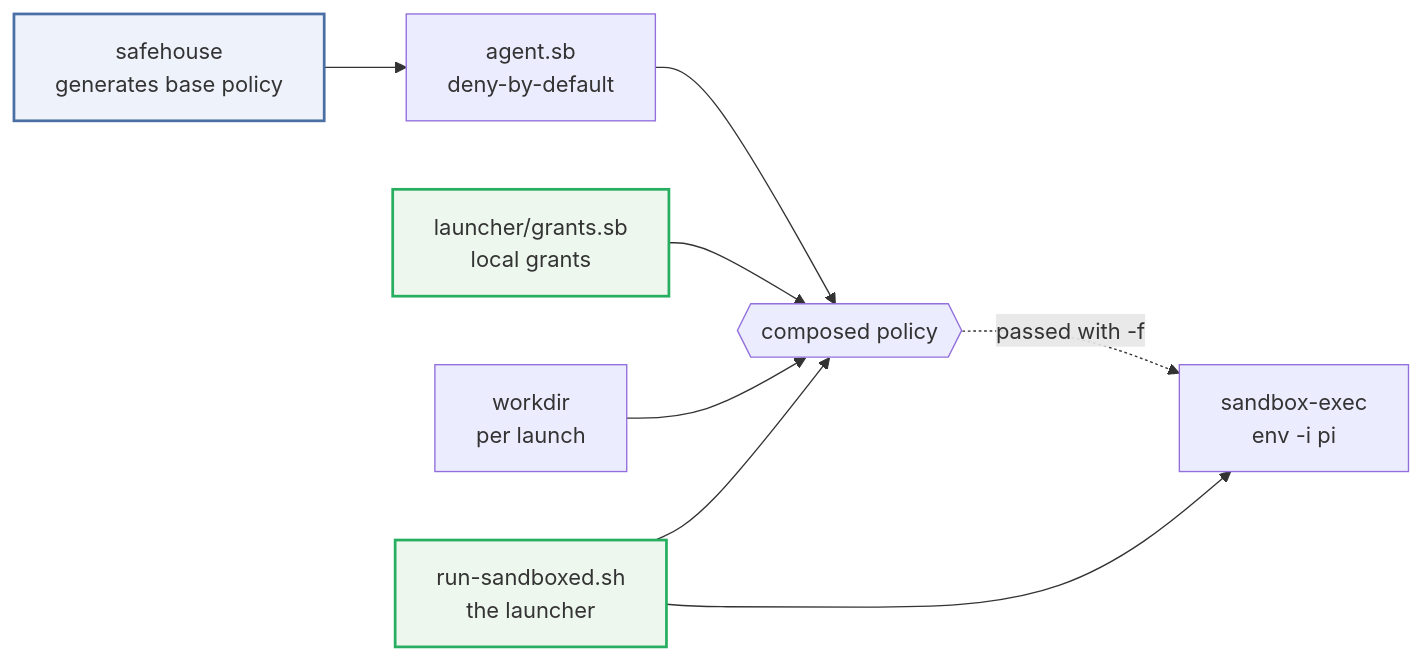
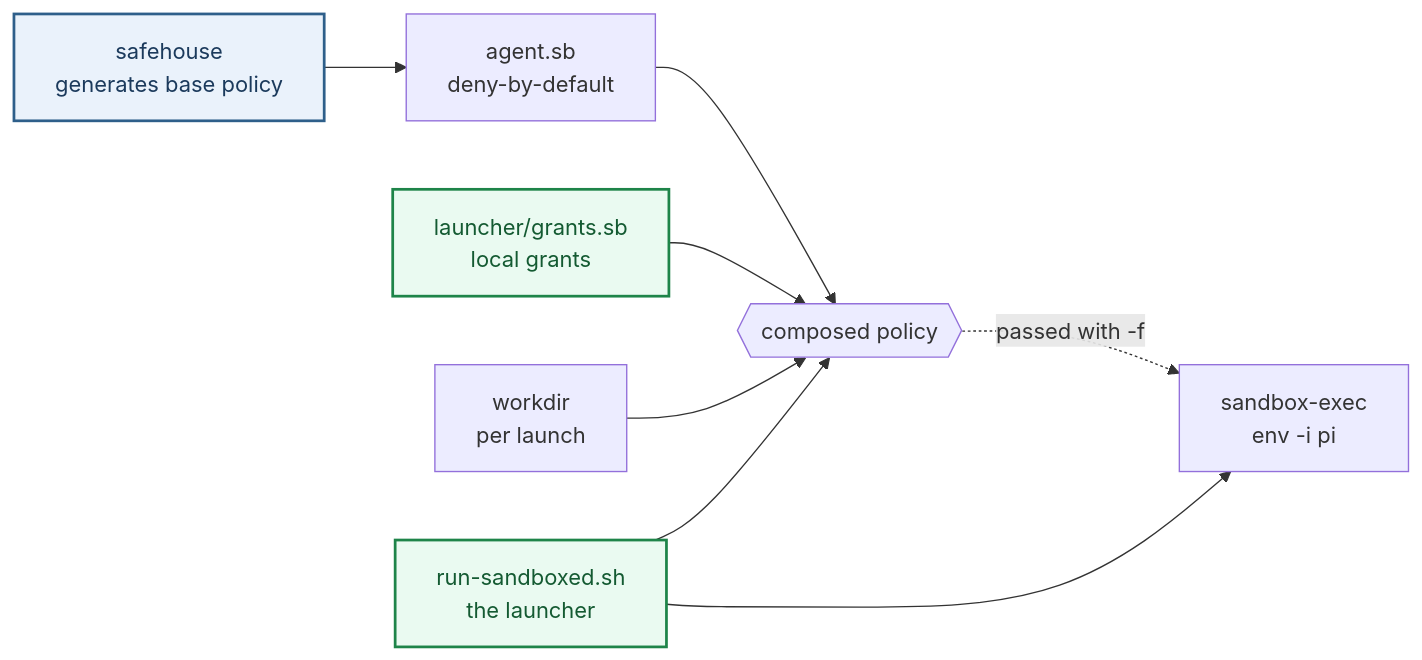
Before and after one commit to sven1103-agent/pi-sandbox-hardening: the second of 2 diagrams in README.md, drawn with Mermaid. The commit also changed other lines of this file, not shown here.

Commit message:
README: fix unreadable Mermaid labels in dark mode
Both figures set `fill:` on their styled nodes but never `color:`, so the
label text came from the theme. GitHub's dark theme renders it near-white,
on the light fills — measured from the supplied screenshots:

  YOUR HOST   subgraph title  white on #fdf0f0  ->  1.10:1
  THE PI AGENT subgraph title white on #eef7ee  ->  1.08:1
  GitHub       node label     white on #eef2fb  ->  1.00:1
  (unstyled card text, for contrast:              14.66:1)

WCAG AA wants 4.5:1, so the subgraph titles and the GitHub label were
effectively invisible, and the figures read as broken rather than dimmed.

Fix: pin `color:` on every styled element, so the text is themed
explicitly rather than inherited. Re-measured after rendering both figures
with mermaid-cli in dark AND light mode:

  dark   HOST title 16.55:1 · AGENT title 17.52:1 · safehouse 10.29:1
         grants 7.66:1 · launcher 7.66:1
  light  HOST title  8.70:1 · AGENT title  7.66:1

Fills are nudged slightly lighter and strokes darker, keeping the same
red/green/blue semantics. Both themes now clear AA comfortably.

````diff
--- a/README.md
+++ b/README.md
@@ -56,13 +56,13 @@
 ```mermaid
 flowchart LR
   SH["safehouse<br/>generates base policy"] --> B["agent.sb<br/>deny-by-default"]
   B --> D{{"composed policy"}}
   GR["launcher/grants.sb<br/>local grants"] --> D
   WD["workdir<br/>per launch"] --> D
   LR["run-sandboxed.sh<br/>the launcher"] --> D
   LR --> SE["sandbox-exec<br/>env -i pi"]
   D -. "passed with -f" .-> SE
-  style SH fill:#eef2fb,stroke:#4a6fa5,stroke-width:2px
-  style GR fill:#eef7ee,stroke:#27ae60,stroke-width:2px
-  style LR fill:#eef7ee,stroke:#27ae60,stroke-width:2px
+  style SH fill:#eaf2fb,stroke:#2e5f8a,stroke-width:2px,color:#1b3a5c
+  style GR fill:#eafaf1,stroke:#1e8449,stroke-width:2px,color:#145a32
+  style LR fill:#eafaf1,stroke:#1e8449,stroke-width:2px,color:#145a32
 ```
````
